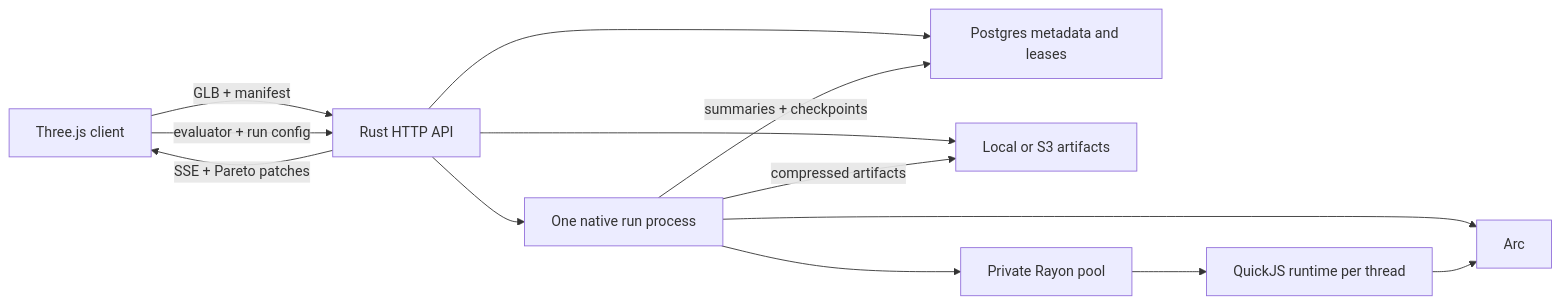
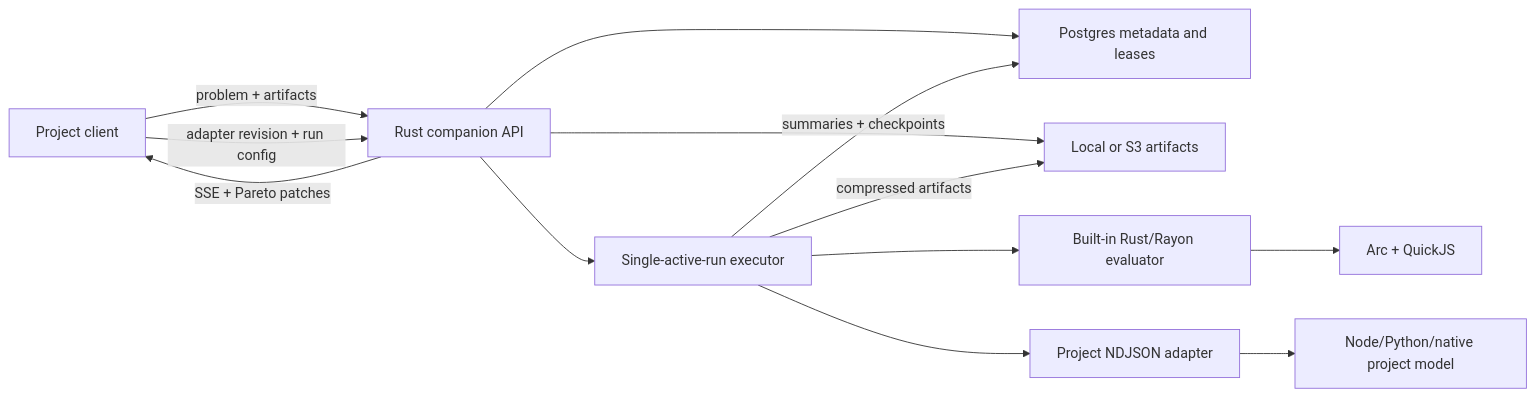
Before and after one commit to niko-dellic/genetic-assembly: the diagram in README.md, drawn with Mermaid. The commit also changed other lines of this file and 60 other files, not shown here.

````diff
--- a/README.md
+++ b/README.md
@@ -9,15 +9,15 @@
 ```mermaid
 flowchart LR
-    UI["Three.js client"] -->|"GLB + manifest"| API["Rust HTTP API"]
-    UI -->|"evaluator + run config"| API
+    UI["Project client"] -->|"problem + artifacts"| API["Rust companion API"]
+    UI -->|"adapter revision + run config"| API
     API --> PG["Postgres metadata and leases"]
     API --> OBJ["Local or S3 artifacts"]
-    API --> RUN["One native run process"]
-    RUN --> GEO["Arc<SceneGeometry>"]
-    RUN --> POOL["Private Rayon pool"]
-    POOL --> QJS["QuickJS runtime per thread"]
-    QJS --> GEO
+    API --> RUN["Single-active-run executor"]
+    RUN --> BUILTIN["Built-in Rust/Rayon evaluator"]
+    RUN --> ADAPTER["Project NDJSON adapter"]
+    BUILTIN --> GEO["Arc<SceneGeometry> + QuickJS"]
+    ADAPTER --> MODEL["Node/Python/native project model"]
     RUN -->|"summaries + checkpoints"| PG
     RUN -->|"compressed artifacts"| OBJ
     API -->|"SSE + Pareto patches"| UI
 ```
````
